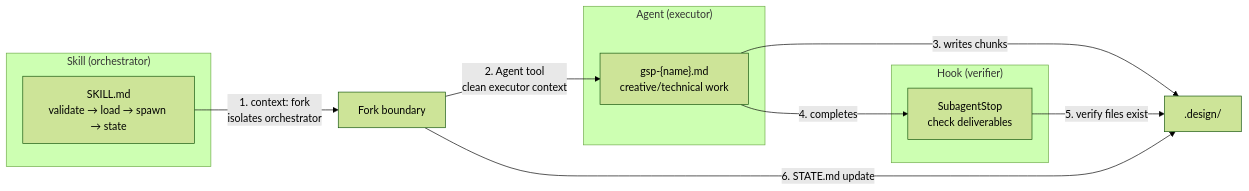
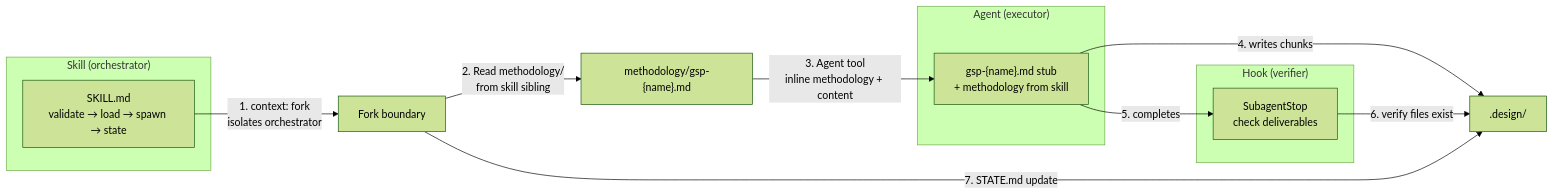
One commit to jubscodes/get-shit-pretty changed the third of 7 diagrams in ARCHITECTURE.md. Above: the diagram before and after it, drawn with Mermaid (forest theme). The commit also changed other lines of this file and 145 other files, not shown here.

````diff
--- a/ARCHITECTURE.md
+++ b/ARCHITECTURE.md
@@ -89,21 +88,22 @@
 ```mermaid
 graph LR
     subgraph "Skill (orchestrator)"
         S["SKILL.md<br/>validate → load → spawn → state"]
     end
 
     subgraph "Agent (executor)"
-        A["gsp-{name}.md<br/>creative/technical work"]
+        A["gsp-{name}.md stub<br/>+ methodology from skill"]
     end
 
     subgraph "Hook (verifier)"
         H["SubagentStop<br/>check deliverables"]
     end
 
     S -->|"1. context: fork<br/>isolates orchestrator"| F["Fork boundary"]
-    F -->|"2. Agent tool<br/>clean executor context"| A
-    A -->|"3. writes chunks"| D[".design/"]
-    A -->|"4. completes"| H
-    H -->|"5. verify files exist"| D
-    F -->|"6. STATE.md update"| D
+    F -->|"2. Read methodology/<br/>from skill sibling"| M["methodology/gsp-{name}.md"]
+    M -->|"3. Agent tool<br/>inline methodology + content"| A
+    A -->|"4. writes chunks"| D[".design/"]
+    A -->|"5. completes"| H
+    H -->|"6. verify files exist"| D
+    F -->|"7. STATE.md update"| D
 ```
````
